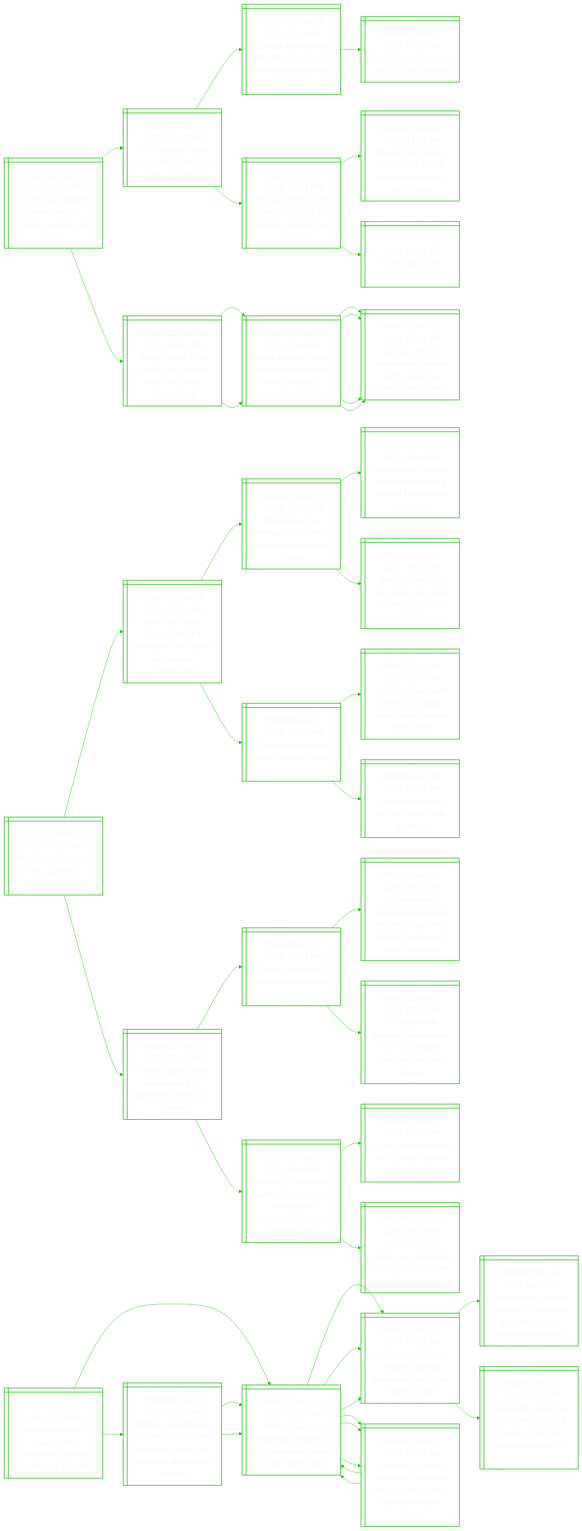
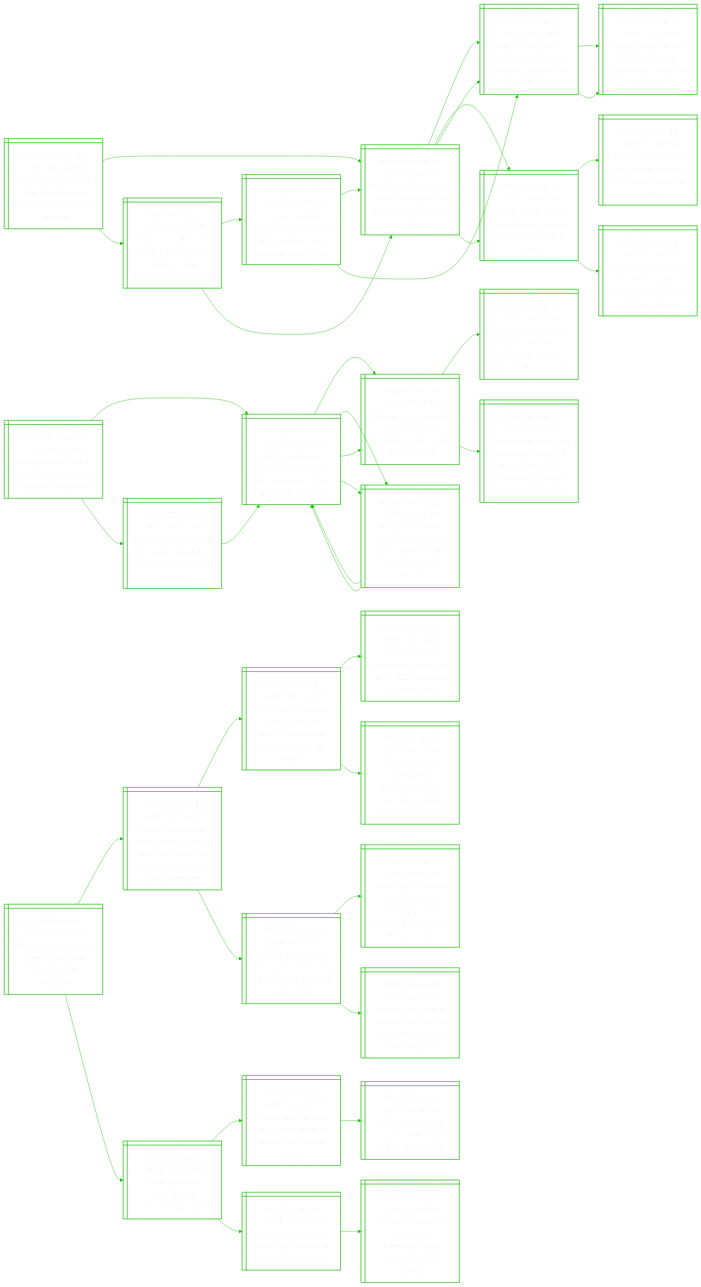
Before and after one commit to notJmes/notJmes: the diagram in README.md, drawn with Mermaid. The commit also changed other lines of this file, not shown here.

````diff
--- a/README.md
+++ b/README.md
@@ -16,97 +16,54 @@
 flowchart LR
 classDef txtsize font-size:20px;
 
-Tsogoltsst@{ shape: win-pane, label: "_UPDATED Mar 22, 2025, 04:25 PM_
-Trump says joining commonwealth nations ‘sounds good to me’" }
-Uotfaaasr@{ shape: win-pane, label: "_UPDATED Mar 11, 2025, 11:27 PM_
-Us to double tariffs on canadian metals to 50%, says trump" }
-UcksinlTphaas@{ shape: win-pane, label: "_UPDATED Mar 11, 2025, 11:49 AM_
-Us stock market loses $5 trillion in value as trump ploughs ahead on tariffs" }
-Tdnruei@{ shape: win-pane, label: "_UPDATED Mar 10, 2025, 07:02 PM_
-Trump declines to rule out 2025 us recession" }
-TcrroadcbeC@{ shape: win-pane, label: "_UPDATED Mar 04, 2025, 05:11 PM_
-Trump confirms 25% tariffs on canada and mexico, doubles levy on china" }
-MoapnTghhtfa@{ shape: win-pane, label: "_UPDATED Mar 03, 2025, 11:24 PM_
-Mexico has backup plan in case trump goes through with tariff threat" }
-Fgtaer@{ shape: win-pane, label: "_UPDATED Mar 03, 2025, 06:07 AM_
-Facing up to the realities of trump 2.0" }
-TaoasIkonru@{ shape: win-pane, label: "_UPDATED Feb 03, 2025, 05:05 PM_
-Trump, asked on uk tariffs, says ‘i think that one can be worked out’" }
-Tlharsiroinnn@{ shape: win-pane, label: "_UPDATED Feb 02, 2025, 10:59 PM_
-Trump launches trade war with sweeping tariffs on mexico, canada and china" }
-CacoriyfaUnnT@{ shape: win-pane, label: "_UPDATED Feb 02, 2025, 02:42 PM_
-Canada, mexico announce retaliatory tariffs against us; china turns to wto" }
-CacoriyfaUnnT@{ shape: win-pane, label: "_UPDATED Feb 02, 2025, 02:42 PM_
-Canada, mexico announce retaliatory tariffs against us; china turns to wto" }
-Tlharsiroinnn@{ shape: win-pane, label: "_UPDATED Feb 02, 2025, 10:59 PM_
-Trump launches trade war with sweeping tariffs on mexico, canada and china" }
-CacoriyfaUnnT@{ shape: win-pane, label: "_UPDATED Feb 02, 2025, 02:42 PM_
-Canada, mexico announce retaliatory tariffs against us; china turns to wto" }
-CacoriyfaUnnT@{ shape: win-pane, label: "_UPDATED Feb 02, 2025, 02:42 PM_
-Canada, mexico announce retaliatory tariffs against us; china turns to wto" }
+Maeebhgcmssic@{ shape: win-pane, label: "_UPDATED Mar 23, 2025, 08:34 AM_
+Military pressure will bring hostages back from gaza, says israeli official" }
+AarIlilhwnrnz@{ shape: win-pane, label: "_UPDATED Mar 20, 2025, 03:24 PM_
+After air strikes, israel says it has launched new ground operation in gaza" }
+Jhigenemiiiea@{ shape: win-pane, label: "_UPDATED Mar 19, 2025, 10:32 AM_
+‘just the beginning’: israel warns more to come as airstrikes kill over 400 in gaza" }
+Iliieaysaarr@{ shape: win-pane, label: "_UPDATED Mar 19, 2025, 12:00 AM_
+Israeli strikes kill over 400 in gaza, say palestinians, ceasefire on brink" }
+Iliieaysaarr@{ shape: win-pane, label: "_UPDATED Mar 19, 2025, 12:00 AM_
+Israeli strikes kill over 400 in gaza, say palestinians, ceasefire on brink" }
+Ilshedoooia@{ shape: win-pane, label: "_UPDATED Jan 16, 2025, 05:35 PM_
+Israel, hamas reach ceasefire deal to end 15 months of war in gaza" }
+Pezdsyeasarl@{ shape: win-pane, label: "_UPDATED Jan 16, 2025, 11:48 PM_
+People in gaza shed tears of joy, disbelief at news of ceasefire deal" }
+Ilamslorpdiaac@{ shape: win-pane, label: "_UPDATED Jan 16, 2025, 11:46 PM_
+Israel hostage families on roller coaster of hope and despair as gaza deal reached" }
+Hserpsrerstto@{ shape: win-pane, label: "_UPDATED Mar 22, 2025, 08:27 PM_
+Hamas studies us ‘bridge’ proposal for truce as israel escalates return to war" }
+UsgpolGeitosa@{ shape: win-pane, label: "_UPDATED Mar 20, 2025, 07:13 PM_
+Us says ‘bridge proposal’ on table for gaza ceasefire but window ‘closing fast’" }
+AarIlilhwnrnz@{ shape: win-pane, label: "_UPDATED Mar 20, 2025, 03:24 PM_
+After air strikes, israel says it has launched new ground operation in gaza" }
+Jhigenemiiiea@{ shape: win-pane, label: "_UPDATED Mar 19, 2025, 10:32 AM_
+‘just the beginning’: israel warns more to come as airstrikes kill over 400 in gaza" }
+AarIlilhwnrnz@{ shape: win-pane, label: "_UPDATED Mar 20, 2025, 03:24 PM_
+After air strikes, israel says it has launched new ground operation in gaza" }
+Jhigenemiiiea@{ shape: win-pane, label: "_UPDATED Mar 19, 2025, 10:32 AM_
+‘just the beginning’: israel warns more to come as airstrikes kill over 400 in gaza" }
+Ilshedoooia@{ shape: win-pane, label: "_UPDATED Jan 16, 2025, 05:35 PM_
+Israel, hamas reach ceasefire deal to end 15 months of war in gaza" }
 
-Tsogoltsst:::txtsize --> Uotfaaasr:::txtsize
-Uotfaaasr:::txtsize --> UcksinlTphaas:::txtsize
-UcksinlTphaas:::txtsize --> Tdnruei:::txtsize
-Uotfaaasr:::txtsize --> TcrroadcbeC:::txtsize
-TcrroadcbeC:::txtsize --> MoapnTghhtfa:::txtsize
-TcrroadcbeC:::txtsize --> Fgtaer:::txtsize
-Tsogoltsst:::txtsize --> TaoasIkonru:::txtsize
-TaoasIkonru:::txtsize --> Tlharsiroinnn:::txtsize
-Tlharsiroinnn:::txtsize --> CacoriyfaUnnT:::txtsize
-Tlharsiroinnn:::txtsize --> CacoriyfaUnnT:::txtsize
-TaoasIkonru:::txtsize --> Tlharsiroinnn:::txtsize
-Tlharsiroinnn:::txtsize --> CacoriyfaUnnT:::txtsize
-Tlharsiroinnn:::txtsize --> CacoriyfaUnnT:::txtsize
+Maeebhgcmssic:::txtsize --> AarIlilhwnrnz:::txtsize
+AarIlilhwnrnz:::txtsize --> Jhigenemiiiea:::txtsize
+Jhigenemiiiea:::txtsize --> Iliieaysaarr:::txtsize
+Jhigenemiiiea:::txtsize --> Iliieaysaarr:::txtsize
+AarIlilhwnrnz:::txtsize --> Ilshedoooia:::txtsize
+Ilshedoooia:::txtsize --> Pezdsyeasarl:::txtsize
+Ilshedoooia:::txtsize --> Ilamslorpdiaac:::txtsize
+Maeebhgcmssic:::txtsize --> Hserpsrerstto:::txtsize
+Hserpsrerstto:::txtsize --> UsgpolGeitosa:::txtsize
+UsgpolGeitosa:::txtsize --> AarIlilhwnrnz:::txtsize
+UsgpolGeitosa:::txtsize --> Jhigenemiiiea:::txtsize
+Hserpsrerstto:::txtsize --> AarIlilhwnrnz:::txtsize
+AarIlilhwnrnz:::txtsize --> Jhigenemiiiea:::txtsize
+AarIlilhwnrnz:::txtsize --> Ilshedoooia:::txtsize
 
-Pehksaatc@{ shape: win-pane, label: "_UPDATED Mar 22, 2025, 03:30 PM_
-Pete hegseth to make first asia trip as pentagon chief" }
-Eulpddaaankru@{ shape: win-pane, label: "_UPDATED Mar 22, 2025, 11:21 AM_
-Elon musk holds unprecedented pentagon talks, wants any leakers prosecuted" }
-PgtiglsoirC@{ shape: win-pane, label: "_UPDATED Mar 21, 2025, 12:37 PM_
-Pentagon set up briefing for elon musk on potential war with china" }
-Tmwsenaivepe@{ shape: win-pane, label: "_UPDATED Feb 04, 2025, 09:49 AM_
-Trump makes world’s richest man musk a ‘special government employee’" }
-WHslslcontns@{ shape: win-pane, label: "_UPDATED Feb 06, 2025, 10:55 AM_
-White house says elon musk will police his own conflicts of interest" }
-UmsCcusnnu@{ shape: win-pane, label: "_UPDATED Feb 26, 2025, 10:57 AM_
-Us lawmakers warn china could use musk to influence trump" }
-Chatinotupnv@{ shape: win-pane, label: "_UPDATED Feb 04, 2025, 10:43 PM_
-China hits back with tariffs on us goods after trump imposes new levies" }
-UmsaCset@{ shape: win-pane, label: "_UPDATED Feb 25, 2025, 05:51 PM_
-Us lawmakers take aim at china’s trade practices" }
-TasgaFttron@{ shape: win-pane, label: "_UPDATED Mar 22, 2025, 02:06 AM_
-Trump awards next-generation f-47 fighter jet contract to boeing" }
-Gbaheeaifue@{ shape: win-pane, label: "_UPDATED Apr 18, 2024, 07:06 PM_
-Going ‘backwards’? whistleblowers slam boeing safety culture" }
-Uhivggtoaasnevfon@{ shape: win-pane, label: "_UPDATED Apr 10, 2024, 06:21 PM_
-Us authorities investigating whistle-blower’s allegations against boeing over safety concerns" }
-UpiosoMaflAno@{ shape: win-pane, label: "_UPDATED Jan 07, 2024, 09:38 AM_
-Us temporarily grounds some boeing 737 max 9 planes after alaska airlines blowout" }
-Gntnhhedscroeio@{ shape: win-pane, label: "_UPDATED Mar 22, 2025, 08:48 PM_
-Germany ‘continuing’ with f-35 fighter jets order despite concerns about over-reliance on us" }
-IoenUtnmp@{ shape: win-pane, label: "_UPDATED Mar 07, 2025, 05:23 PM_
-If nato members don’t pay, us won’t defend them: trump" }
-Aenayighfdgj@{ shape: win-pane, label: "_UPDATED Mar 16, 2025, 06:23 PM_
-Amid tensions, canada says reviewing purchase of us-made f-35 fighter jets" }
-
-Pehksaatc:::txtsize --> Eulpddaaankru:::txtsize
-Eulpddaaankru:::txtsize --> PgtiglsoirC:::txtsize
-PgtiglsoirC:::txtsize --> Tmwsenaivepe:::txtsize
-PgtiglsoirC:::txtsize --> WHslslcontns:::txtsize
-Eulpddaaankru:::txtsize --> UmsCcusnnu:::txtsize
-UmsCcusnnu:::txtsize --> Chatinotupnv:::txtsize
-UmsCcusnnu:::txtsize --> UmsaCset:::txtsize
-Pehksaatc:::txtsize --> TasgaFttron:::txtsize
-TasgaFttron:::txtsize --> Gbaheeaifue:::txtsize
-Gbaheeaifue:::txtsize --> Uhivggtoaasnevfon:::txtsize
-Gbaheeaifue:::txtsize --> UpiosoMaflAno:::txtsize
-TasgaFttron:::txtsize --> Gntnhhedscroeio:::txtsize
-Gntnhhedscroeio:::txtsize --> IoenUtnmp:::txtsize
-Gntnhhedscroeio:::txtsize --> Aenayighfdgj:::txtsize
-
-Hrrrnettlfadp@{ shape: win-pane, label: "_UPDATED Mar 23, 2025, 05:08 AM_
-Heathrow airport reopens after shutdown, travellers face days of disruption" }
+Seekesirnaw@{ shape: win-pane, label: "_UPDATED Mar 23, 2025, 08:26 AM_
+‘so eager to get back’: travellers pour into a reopened heathrow" }
 Anenheetunkbih@{ shape: win-pane, label: "_UPDATED Mar 22, 2025, 01:21 AM_
 Airlines question heathrow readiness after shutdown sparks global flight chaos" }
 Dsarcndawreel@{ shape: win-pane, label: "_UPDATED Nov 21, 2024, 09:21 PM_
@@ -121,14 +78,8 @@
 Airlines question heathrow readiness after shutdown sparks global flight chaos" }
 Anenheetunkbih@{ shape: win-pane, label: "_UPDATED Mar 22, 2025, 01:21 AM_
 Airlines question heathrow readiness after shutdown sparks global flight chaos" }
-Ancnreftwpntaarp@{ shape: win-pane, label: "_UPDATED Mar 23, 2025, 12:05 AM_
-Airlines, including sia, resume most flights between s’pore and heathrow after airport reopens" }
-Anenheetunkbih@{ shape: win-pane, label: "_UPDATED Mar 22, 2025, 01:21 AM_
-Airlines question heathrow readiness after shutdown sparks global flight chaos" }
-Dsarcndawreel@{ shape: win-pane, label: "_UPDATED Nov 21, 2024, 09:21 PM_
-Delays at uk airports including london heathrow after e-gate system failure" }
-Asgeneoattawoo@{ shape: win-pane, label: "_UPDATED Mar 22, 2025, 01:41 AM_
-At least 16 flights between s’pore and london affected after heathrow airport closure" }
+Hrrstefotlire@{ shape: win-pane, label: "_UPDATED Mar 22, 2025, 04:04 PM_
+Heathrow airport says it is open and fully operational as flights resume" }
 Anenheetunkbih@{ shape: win-pane, label: "_UPDATED Mar 22, 2025, 01:21 AM_
 Airlines question heathrow readiness after shutdown sparks global flight chaos" }
 Dsarcndawreel@{ shape: win-pane, label: "_UPDATED Nov 21, 2024, 09:21 PM_
@@ -136,19 +87,56 @@
 Asgeneoattawoo@{ shape: win-pane, label: "_UPDATED Mar 22, 2025, 01:41 AM_
 At least 16 flights between s’pore and london affected after heathrow airport closure" }
 
-Hrrrnettlfadp:::txtsize --> Anenheetunkbih:::txtsize
+Seekesirnaw:::txtsize --> Anenheetunkbih:::txtsize
 Anenheetunkbih:::txtsize --> Dsarcndawreel:::txtsize
 Dsarcndawreel:::txtsize --> Spnuathnetitm:::txtsize
 Dsarcndawreel:::txtsize --> Irnrdporsncpsongh:::txtsize
 Anenheetunkbih:::txtsize --> Asgeneoattawoo:::txtsize
 Asgeneoattawoo:::txtsize --> Anenheetunkbih:::txtsize
 Asgeneoattawoo:::txtsize --> Anenheetunkbih:::txtsize
-Hrrrnettlfadp:::txtsize --> Ancnreftwpntaarp:::txtsize
-Ancnreftwpntaarp:::txtsize --> Anenheetunkbih:::txtsize
-Anenheetunkbih:::txtsize --> Dsarcndawreel:::txtsize
-Anenheetunkbih:::txtsize --> Asgeneoattawoo:::txtsize
-Ancnreftwpntaarp:::txtsize --> Anenheetunkbih:::txtsize
+Seekesirnaw:::txtsize --> Hrrstefotlire:::txtsize
+Hrrstefotlire:::txtsize --> Anenheetunkbih:::txtsize
 Anenheetunkbih:::txtsize --> Dsarcndawreel:::txtsize
 Anenheetunkbih:::txtsize --> Asgeneoattawoo:::txtsize
 
+Taftetmiiaw@{ shape: win-pane, label: "_UPDATED Mar 22, 2025, 08:11 PM_
+Thousands of agents diverted to trump immigration crackdown" }
+Jtrykmerpsreeam@{ shape: win-pane, label: "_UPDATED Mar 16, 2025, 11:58 AM_
+Judge temporarily blocks trump’s use of wartime powers to target venezuelan gang members" }
+Uaaojldznmres@{ shape: win-pane, label: "_UPDATED Mar 16, 2025, 10:47 AM_
+Us to pay el salvador $8m to jail 300 alleged venezuelan gang members, ap reports" }
+Uiitoeaasfas@{ shape: win-pane, label: "_UPDATED Mar 13, 2025, 11:14 AM_
+Us immigration detention maxed out at 47,600 detainees, ice official says" }
+Tsuiiawnyecasee@{ shape: win-pane, label: "_UPDATED Jan 23, 2025, 07:32 AM_
+Trump steps up immigration crackdown, warns city, state officials against interference" }
+Ruseznleepny@{ shape: win-pane, label: "_UPDATED Nov 14, 2024, 04:56 PM_
+Restaurants, pool & even a zoo: venezuela offers a peek at prison run by gang" }
+Wtnooneahersoia@{ shape: win-pane, label: "_UPDATED Nov 14, 2024, 02:52 PM_
+Work stint in prison school renews secondary school teachers’ passion for their vocation" }
+Bibnoieepanle@{ shape: win-pane, label: "_UPDATED Jul 08, 2023, 06:54 PM_
+Bringing up baby in prison: how inmates cope with pregnancy and childcare" }
+TsSgoirr@{ shape: win-pane, label: "_UPDATED Mar 05, 2025, 08:00 PM_
+Trump says us to 'wage war' on mexican drug cartels" }
+MoijuoSurhl@{ shape: win-pane, label: "_UPDATED Feb 28, 2025, 12:24 PM_
+Mexico sending major drug capos to us as trump tariff threat looms" }
+TseCaftfoc@{ shape: win-pane, label: "_UPDATED Feb 28, 2025, 06:30 PM_
+Trump says mexico, canada tariffs to take effect on march 4" }
+MowcUaihias@{ shape: win-pane, label: "_UPDATED Feb 21, 2025, 12:17 AM_
+Mexico says won’t accept us ‘invasion’ in fight against cartels" }
+UnlysSmmrpsdt@{ shape: win-pane, label: "_UPDATED Feb 28, 2025, 06:40 AM_
+Ukraine’s zelensky calls for us pragmatism after trump calls him a ‘dictator’" }
+
+Taftetmiiaw:::txtsize --> Jtrykmerpsreeam:::txtsize
+Jtrykmerpsreeam:::txtsize --> Uaaojldznmres:::txtsize
+Uaaojldznmres:::txtsize --> Uiitoeaasfas:::txtsize
+Uaaojldznmres:::txtsize --> Tsuiiawnyecasee:::txtsize
+Jtrykmerpsreeam:::txtsize --> Ruseznleepny:::txtsize
+Ruseznleepny:::txtsize --> Wtnooneahersoia:::txtsize
+Ruseznleepny:::txtsize --> Bibnoieepanle:::txtsize
+Taftetmiiaw:::txtsize --> TsSgoirr:::txtsize
+TsSgoirr:::txtsize --> MoijuoSurhl:::txtsize
+MoijuoSurhl:::txtsize --> TseCaftfoc:::txtsize
+TsSgoirr:::txtsize --> MowcUaihias:::txtsize
+MowcUaihias:::txtsize --> UnlysSmmrpsdt:::txtsize
+
 ```
````
